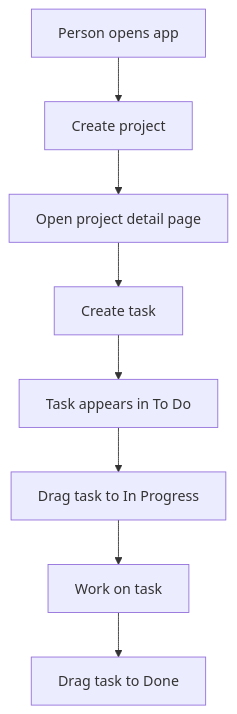
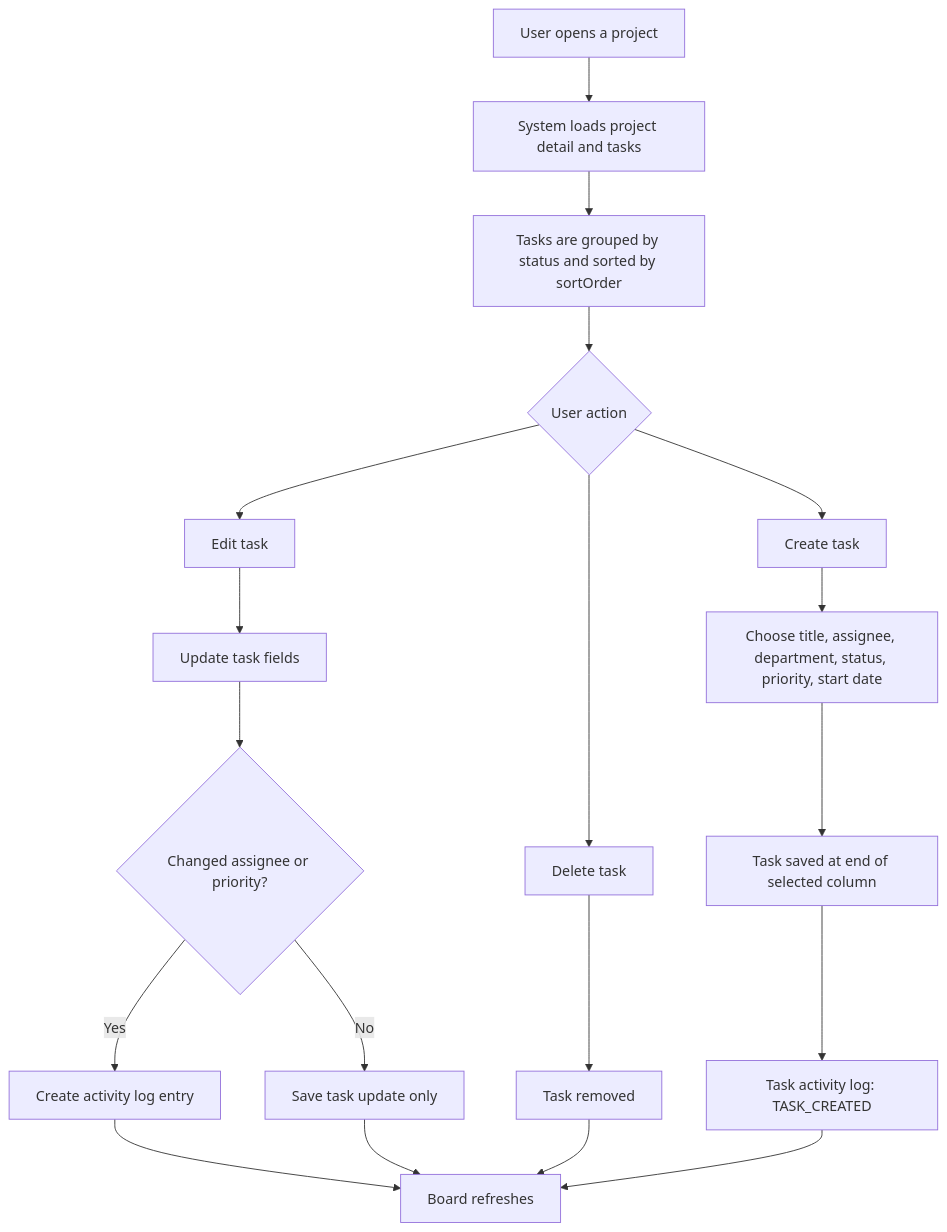
One commit to RobinWu98/MyJira changed the eighth of 13 diagrams in requirement/diagrams.md. Above: the diagram before and after it, drawn with Mermaid. The commit also changed other lines of this file and 2 other files, not shown here.

````diff
--- a/requirement/diagrams.md
+++ b/requirement/diagrams.md
@@ -60,10 +229,27 @@
 ```mermaid
 flowchart TD
-    A[Person opens app] --> B[Create project]
-    B --> C[Open project detail page]
-    C --> D[Create task]
-    D --> E[Task appears in To Do]
-    E --> F[Drag task to In Progress]
-    F --> G[Work on task]
-    G --> H[Drag task to Done]
+    A[User opens a project] --> B[System loads project detail and tasks]
+    B --> C[Tasks are grouped by status and sorted by sortOrder]
+
+    C --> D{User action}
+    D --> E[Create task]
+    E --> F[Choose title, assignee, department, status, priority, start date]
+    F --> G[Task saved at end of selected column]
+    G --> H[Task activity log: TASK_CREATED]
+
+    D --> I[Edit task]
+    I --> J[Update task fields]
+    J --> K{Changed assignee or priority?}
+    K -- Yes --> L[Create activity log entry]
+    K -- No --> M[Save task update only]
+    L --> N[Board refreshes]
+    M --> N
+
+    D --> O[Delete task]
+    O --> P[Task removed]
+    P --> N
+
+    H --> N
+
+
 ```
````
